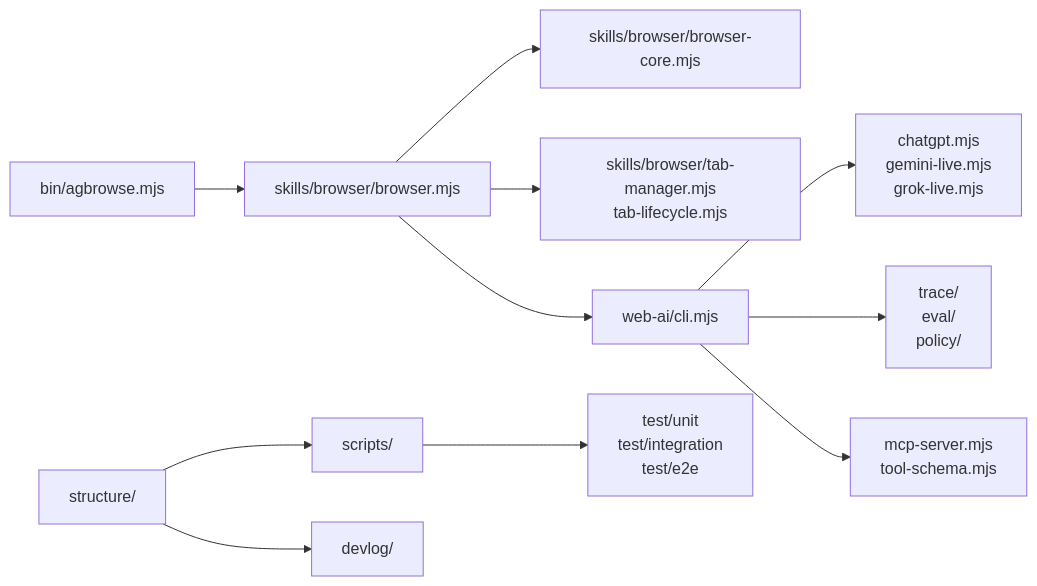
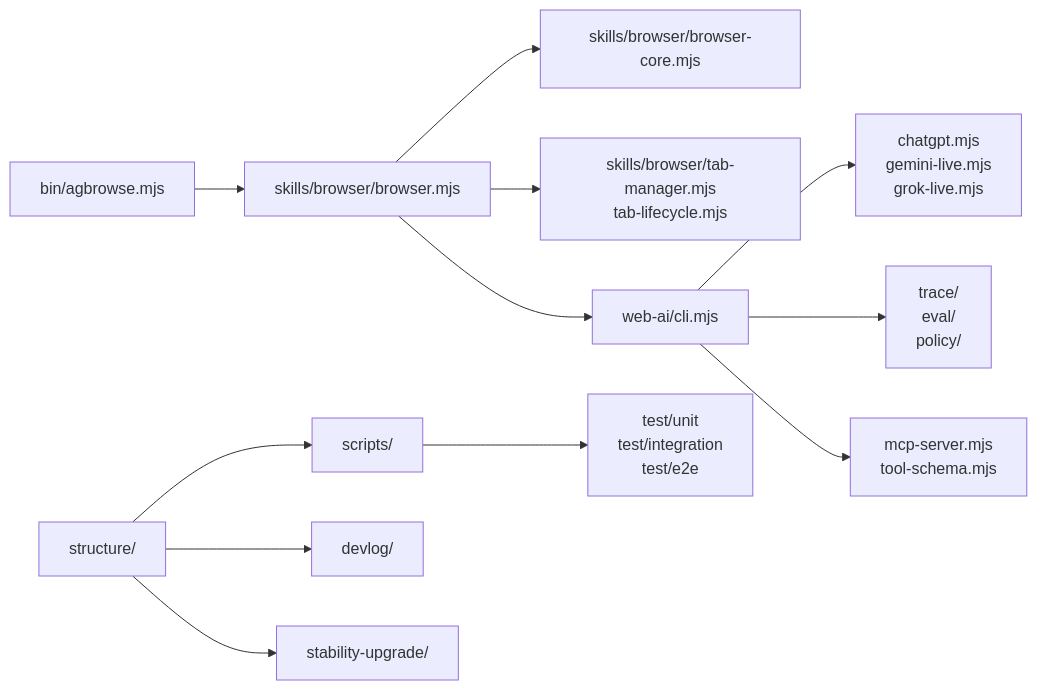
The diagram in structure/INDEX.md (lidge-jun/agbrowse), drawn with Mermaid before and after one commit. The commit also changed other lines of this file and 16 other files, not shown here.

````diff
--- a/structure/INDEX.md
+++ b/structure/INDEX.md
@@ -49,13 +51,14 @@
 ```mermaid
 graph LR
     CLI["bin/agbrowse.mjs"] --> Browser["skills/browser/browser.mjs"]
     Browser --> Core["skills/browser/browser-core.mjs"]
     Browser --> Tabs["skills/browser/tab-manager.mjs<br/>tab-lifecycle.mjs"]
     Browser --> WebAI["web-ai/cli.mjs"]
     WebAI --> Providers["chatgpt.mjs<br/>gemini-live.mjs<br/>grok-live.mjs"]
     WebAI --> Evidence["trace/<br/>eval/<br/>policy/"]
     WebAI --> MCP["mcp-server.mjs<br/>tool-schema.mjs"]
     Scripts["scripts/"] --> Tests["test/unit<br/>test/integration<br/>test/e2e"]
     Structure["structure/"] --> Scripts
     Structure --> Devlog["devlog/"]
+    Structure --> Stability["stability-upgrade/"]
 ```
````
